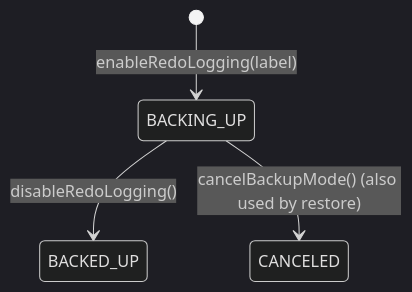
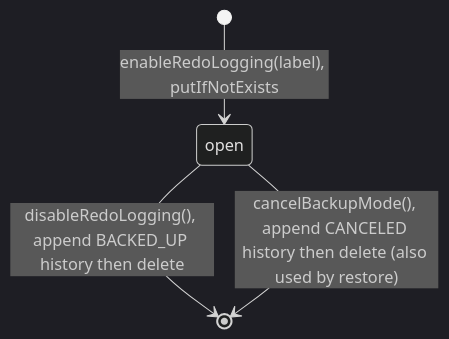
Before and after one commit to scalar-labs/scalardb: the second of 4 diagrams in cbrl-design.md, drawn with Mermaid (dark theme). The commit also changed other lines of this file and 10 other files, not shown here.

````diff
--- a/cbrl-design.md
+++ b/cbrl-design.md
@@ -93,6 +122,6 @@
 ```mermaid
 stateDiagram-v2
-    [*] --> BACKING_UP: enableRedoLogging(label)
-    BACKING_UP --> BACKED_UP: disableRedoLogging()
-    BACKING_UP --> CANCELED: cancelBackupMode() (also used by restore)
+    [*] --> open: enableRedoLogging(label), putIfNotExists
+    open --> [*]: disableRedoLogging(), append BACKED_UP history then delete
+    open --> [*]: cancelBackupMode(), append CANCELED history then delete (also used by restore)
 ```
````
